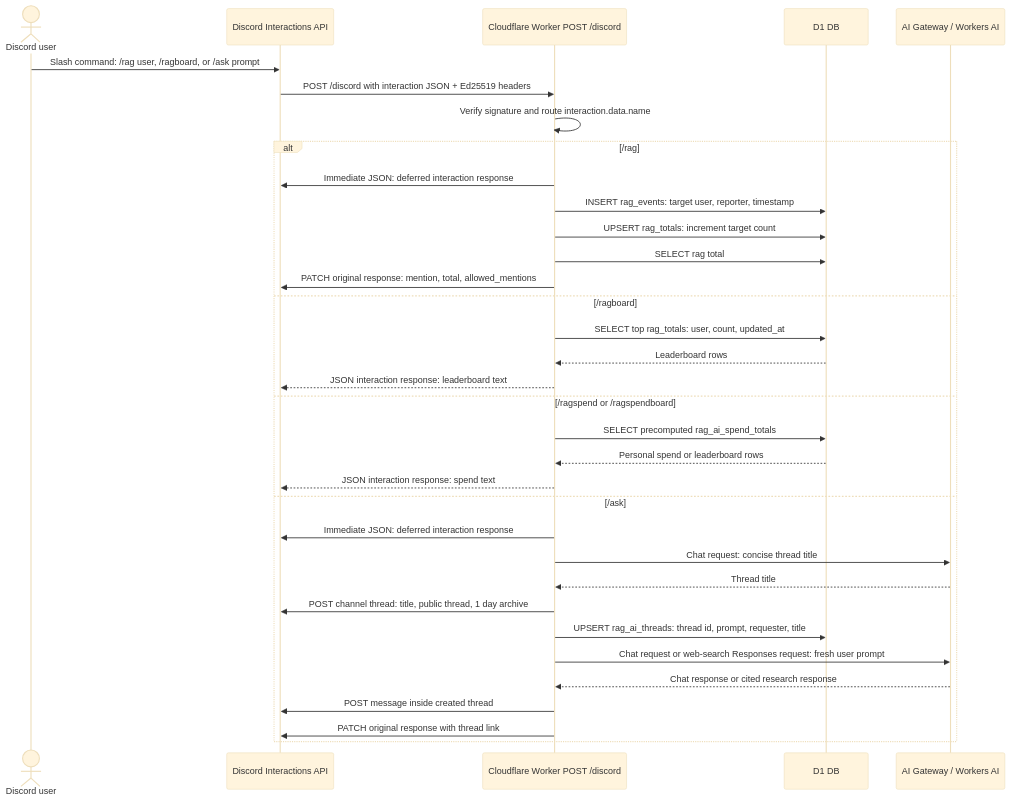
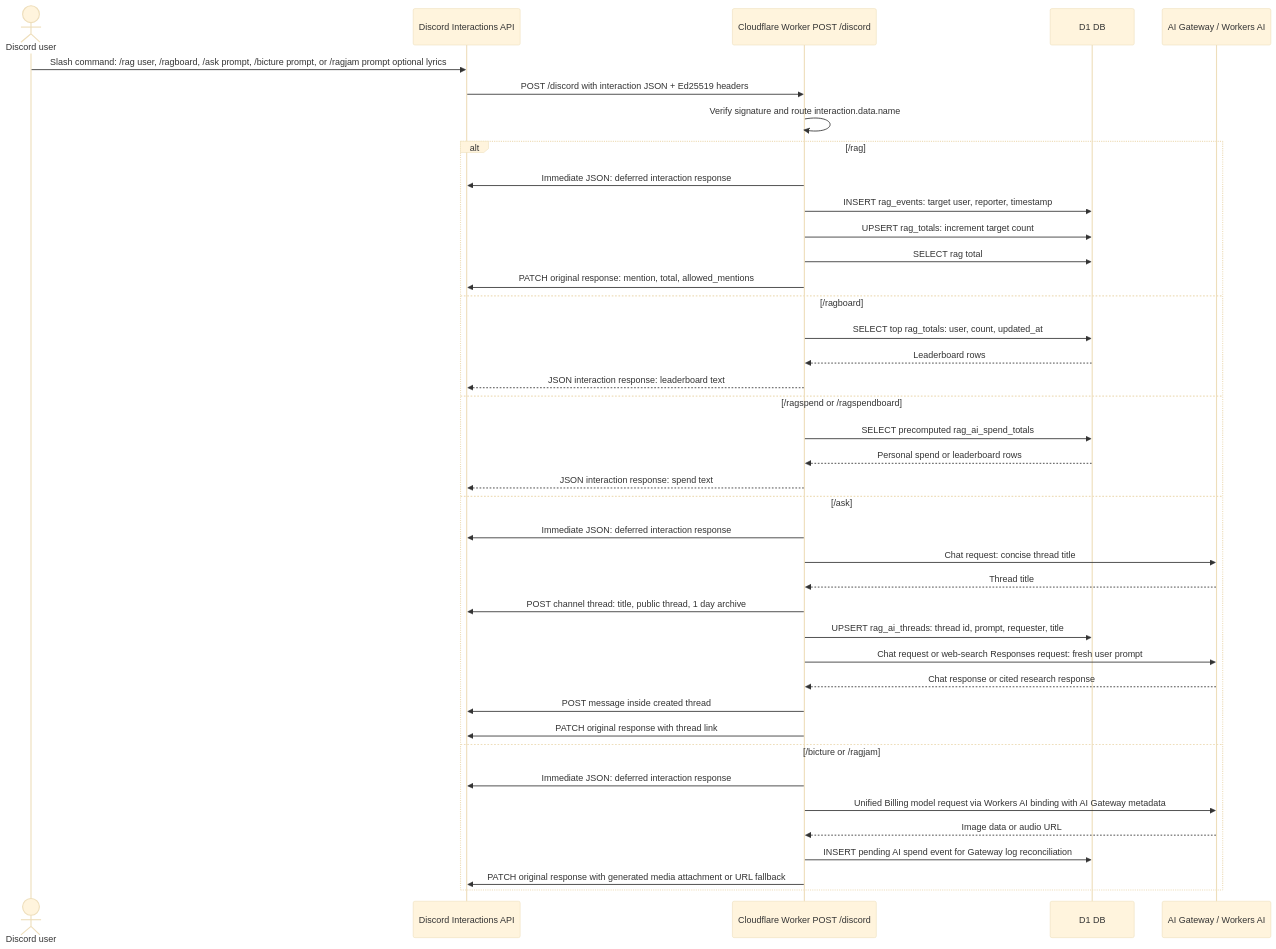
Before and after one commit to jackm43/rag: the second of 3 diagrams in README.md, drawn with Mermaid (base theme). The commit also changed other lines of this file and 8 other files, not shown here.

````diff
--- a/README.md
+++ b/README.md
@@ -51,38 +53,44 @@
 ```mermaid
 sequenceDiagram
   actor User as Discord user
   participant Discord as Discord Interactions API
   participant Worker as Cloudflare Worker POST /discord
   participant DB as D1 DB
   participant AI as AI Gateway / Workers AI
 
-  User->>Discord: Slash command: /rag user, /ragboard, or /ask prompt
+  User->>Discord: Slash command: /rag user, /ragboard, /ask prompt, /bicture prompt, or /ragjam prompt optional lyrics
   Discord->>Worker: POST /discord with interaction JSON + Ed25519 headers
   Worker->>Worker: Verify signature and route interaction.data.name
 
   alt /rag
     Worker->>Discord: Immediate JSON: deferred interaction response
     Worker->>DB: INSERT rag_events: target user, reporter, timestamp
     Worker->>DB: UPSERT rag_totals: increment target count
     Worker->>DB: SELECT rag total
     Worker->>Discord: PATCH original response: mention, total, allowed_mentions
   else /ragboard
     Worker->>DB: SELECT top rag_totals: user, count, updated_at
     DB-->>Worker: Leaderboard rows
     Worker-->>Discord: JSON interaction response: leaderboard text
   else /ragspend or /ragspendboard
     Worker->>DB: SELECT precomputed rag_ai_spend_totals
     DB-->>Worker: Personal spend or leaderboard rows
     Worker-->>Discord: JSON interaction response: spend text
   else /ask
     Worker->>Discord: Immediate JSON: deferred interaction response
     Worker->>AI: Chat request: concise thread title
     AI-->>Worker: Thread title
     Worker->>Discord: POST channel thread: title, public thread, 1 day archive
     Worker->>DB: UPSERT rag_ai_threads: thread id, prompt, requester, title
     Worker->>AI: Chat request or web-search Responses request: fresh user prompt
     AI-->>Worker: Chat response or cited research response
     Worker->>Discord: POST message inside created thread
     Worker->>Discord: PATCH original response with thread link
+  else /bicture or /ragjam
+    Worker->>Discord: Immediate JSON: deferred interaction response
+    Worker->>AI: Unified Billing model request via Workers AI binding with AI Gateway metadata
+    AI-->>Worker: Image data or audio URL
+    Worker->>DB: INSERT pending AI spend event for Gateway log reconciliation
+    Worker->>Discord: PATCH original response with generated media attachment or URL fallback
   end
 ```
````
